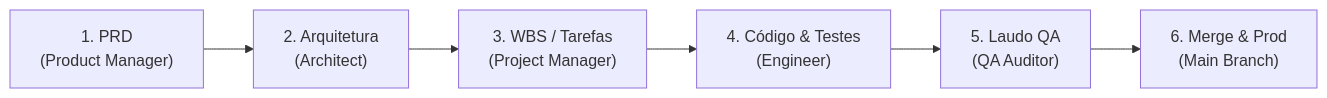
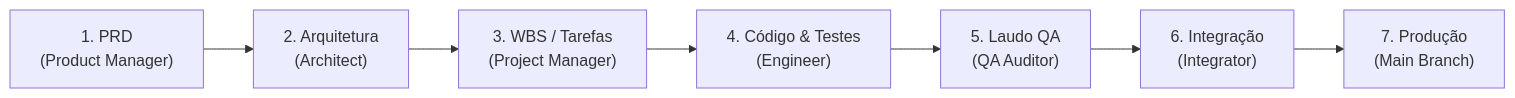
The diagram in SESI_cat/.brain/README.md (salomaozao/tabulador), drawn with Mermaid before and after one commit. The commit also changed other lines of this file and 16 other files, not shown here.

````diff
--- a/SESI_cat/.brain/README.md
+++ b/SESI_cat/.brain/README.md
@@ -34,8 +34,9 @@
 ```mermaid
 flowchart LR
     PM["1. PRD\n(Product Manager)"] --> ARCH["2. Arquitetura\n(Architect)"]
     ARCH --> TASKS["3. WBS / Tarefas\n(Project Manager)"]
     TASKS --> DEV["4. Código & Testes\n(Engineer)"]
     DEV --> QA["5. Laudo QA\n(QA Auditor)"]
-    QA --> MERGE["6. Merge & Prod\n(Main Branch)"]
+    QA --> INT["6. Integração\n(Integrator)"]
+    INT --> MERGE["7. Produção\n(Main Branch)"]
 ```
````
